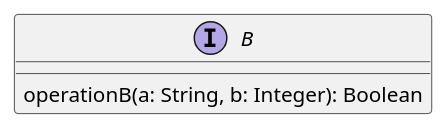
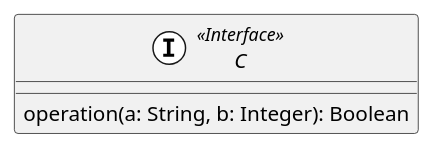
One commit to sybarry/Trivial_Pursuit_CL changed the fourth of 9 diagrams in trivial-doc/modules/development/pages/composants.adoc. Above: the diagram before and after it, drawn with PlantUML. The commit also changed other lines of this file and 5 other files, not shown here.

```diff
--- a/trivial-doc/modules/development/pages/composants.adoc
+++ b/trivial-doc/modules/development/pages/composants.adoc
@@ -97,6 +101,10 @@
 [plantuml]
 ....
-interface B {
-    operationB(a: String, b: Integer): Boolean
+'skinparam ClassHeaderBackgroundColor blue
+'skinparam CircleColor blue
+'skinparam CircledCharacterFontColor blue
+
+interface C as "C" << (I, White) Interface >> {
+    operation(a: String, b: Integer): Boolean
 }
 ....
```
